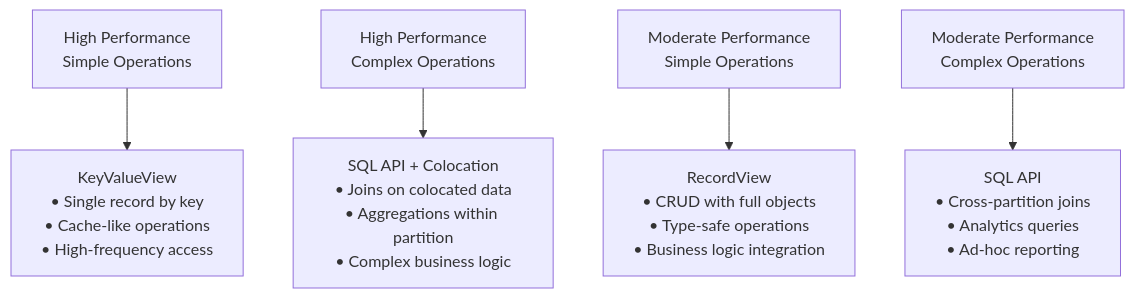
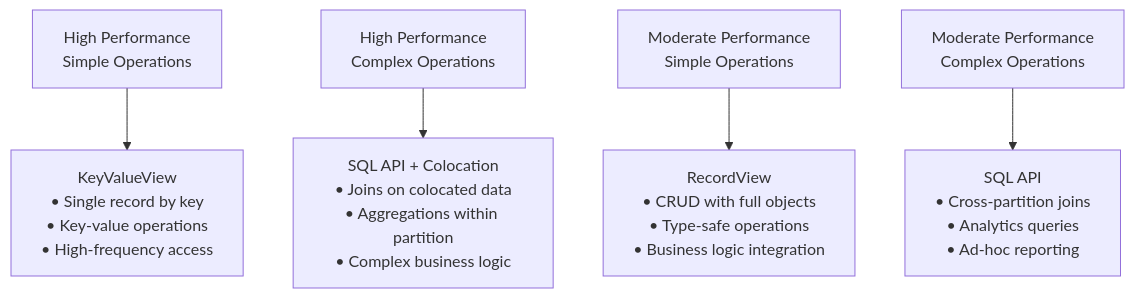
Before and after one commit to maglietti/ignite3-java-api-primer: the first of 2 diagrams in docs/03-data-access-apis/03-sql-api-selection-guide.md, drawn with Mermaid. The commit also changed other lines of this file and 6 other files, not shown here.

````diff
--- a/docs/03-data-access-apis/03-sql-api-selection-guide.md
+++ b/docs/03-data-access-apis/03-sql-api-selection-guide.md
@@ -23,10 +23,10 @@
 ```mermaid
 graph TD
-    A["High Performance<br/>Simple Operations"] --> B["KeyValueView<br/>• Single record by key<br/>• Cache-like operations<br/>• High-frequency access"]
+    A["High Performance<br/>Simple Operations"] --> B["KeyValueView<br/>• Single record by key<br/>• Key-value operations<br/>• High-frequency access"]
     
     C["High Performance<br/>Complex Operations"] --> D["SQL API + Colocation<br/>• Joins on colocated data<br/>• Aggregations within partition<br/>• Complex business logic"]
     
     E["Moderate Performance<br/>Simple Operations"] --> F["RecordView<br/>• CRUD with full objects<br/>• Type-safe operations<br/>• Business logic integration"]
     
     G["Moderate Performance<br/>Complex Operations"] --> H["SQL API<br/>• Cross-partition joins<br/>• Analytics queries<br/>• Ad-hoc reporting"]
 ```
````
